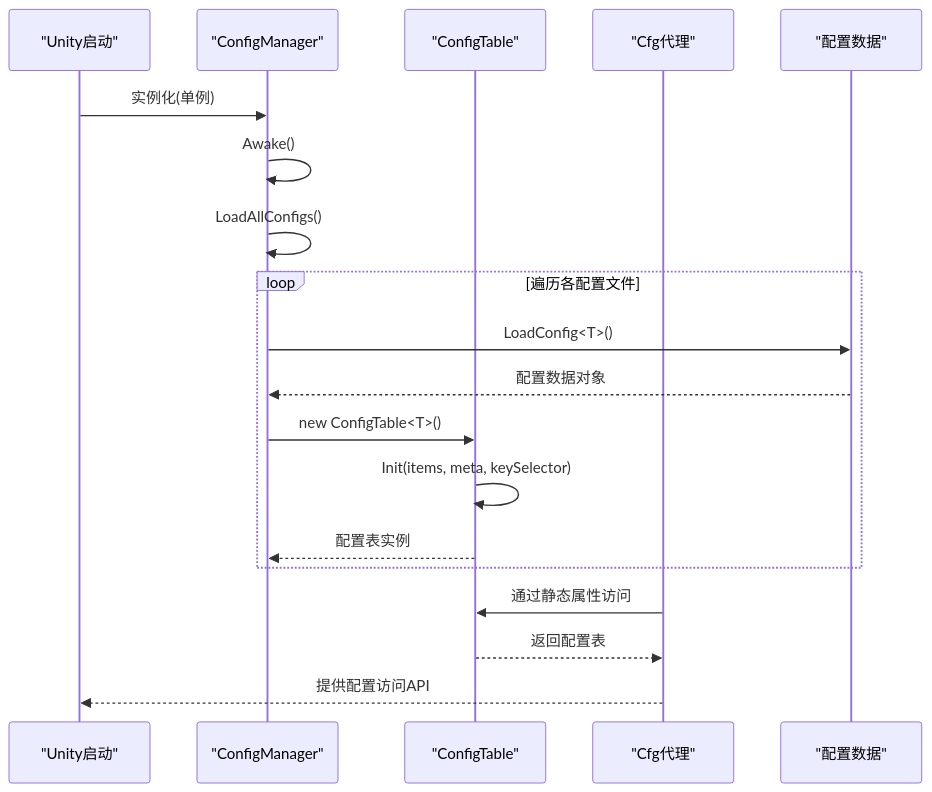
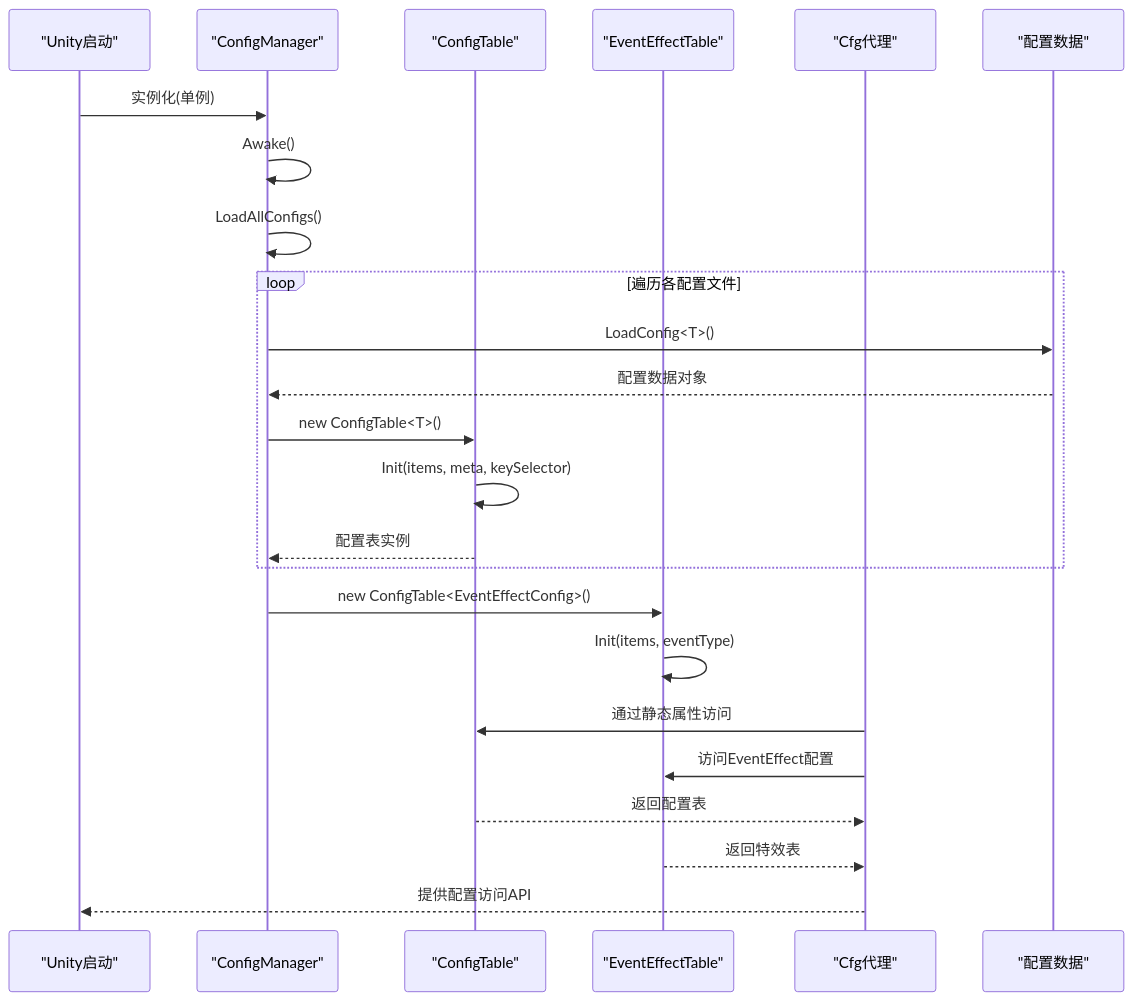
The second of 4 diagrams in .qoder/repowiki/zh/content/配置管理系统/配置管理系统.md (Tuusen/p1_client), drawn with Mermaid before and after one commit. The commit also changed other lines of this file and 14 other files, not shown here.

````diff
--- a/.qoder/repowiki/zh/content/配置管理系统/配置管理系统.md
+++ b/.qoder/repowiki/zh/content/配置管理系统/配置管理系统.md
@@ -127,21 +134,26 @@
 ```mermaid
 sequenceDiagram
 participant Boot as "Unity启动"
 participant CM as "ConfigManager"
 participant CT as "ConfigTable"
+participant EE as "EventEffectTable"
 participant CFG as "Cfg代理"
 participant Data as "配置数据"
 Boot->>CM : 实例化(单例)
 CM->>CM : Awake()
 CM->>CM : LoadAllConfigs()
 loop 遍历各配置文件
 CM->>Data : LoadConfig<T>()
 Data-->>CM : 配置数据对象
 CM->>CT : new ConfigTable<T>()
 CT->>CT : Init(items, meta, keySelector)
 CT-->>CM : 配置表实例
 end
+CM->>EE : new ConfigTable<EventEffectConfig>()
+EE->>EE : Init(items, eventType)
 CFG->>CT : 通过静态属性访问
+CFG->>EE : 访问EventEffect配置
 CT-->>CFG : 返回配置表
+EE-->>CFG : 返回特效表
 CFG-->>Boot : 提供配置访问API
 ```
````
